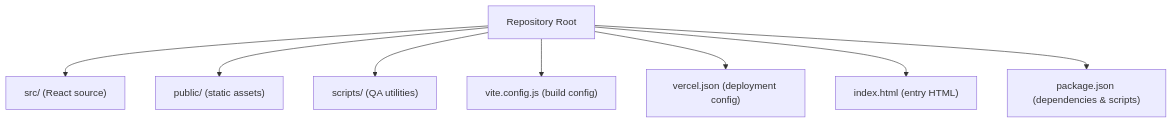
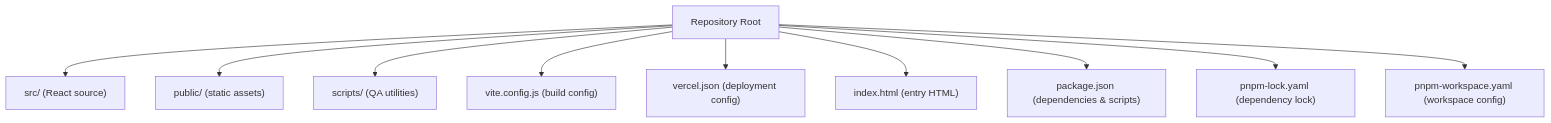
Before and after one commit to Theja4/podiummomentum: the first of 3 diagrams in .qoder/repowiki/en/content/Build and Deployment/Build and Deployment.md, drawn with Mermaid. The commit also changed other lines of this file and 35 other files, not shown here.

````diff
--- a/.qoder/repowiki/en/content/Build and Deployment/Build and Deployment.md
+++ b/.qoder/repowiki/en/content/Build and Deployment/Build and Deployment.md
@@ -46,10 +50,12 @@
 ```mermaid
 graph TB
 A["Repository Root"] --> B["src/ (React source)"]
 A --> C["public/ (static assets)"]
 A --> D["scripts/ (QA utilities)"]
 A --> E["vite.config.js (build config)"]
 A --> F["vercel.json (deployment config)"]
 A --> G["index.html (entry HTML)"]
 A --> H["package.json (dependencies & scripts)"]
+A --> I["pnpm-lock.yaml (dependency lock)"]
+A --> J["pnpm-workspace.yaml (workspace config)"]
 ```
````
